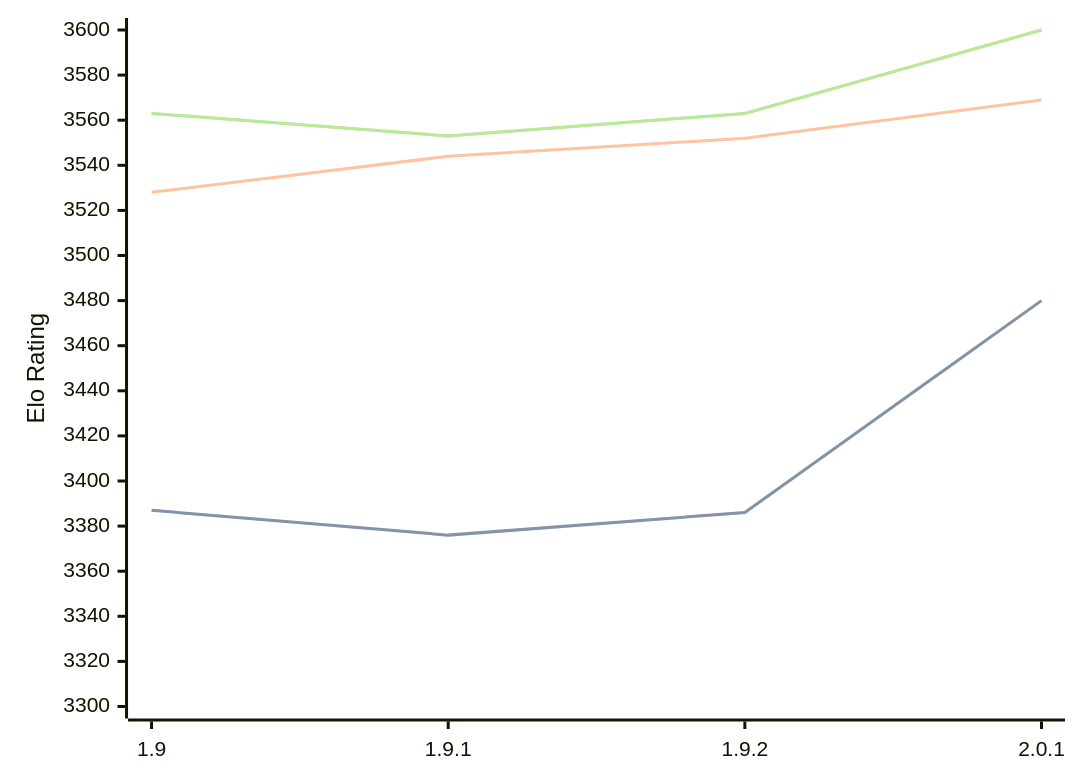
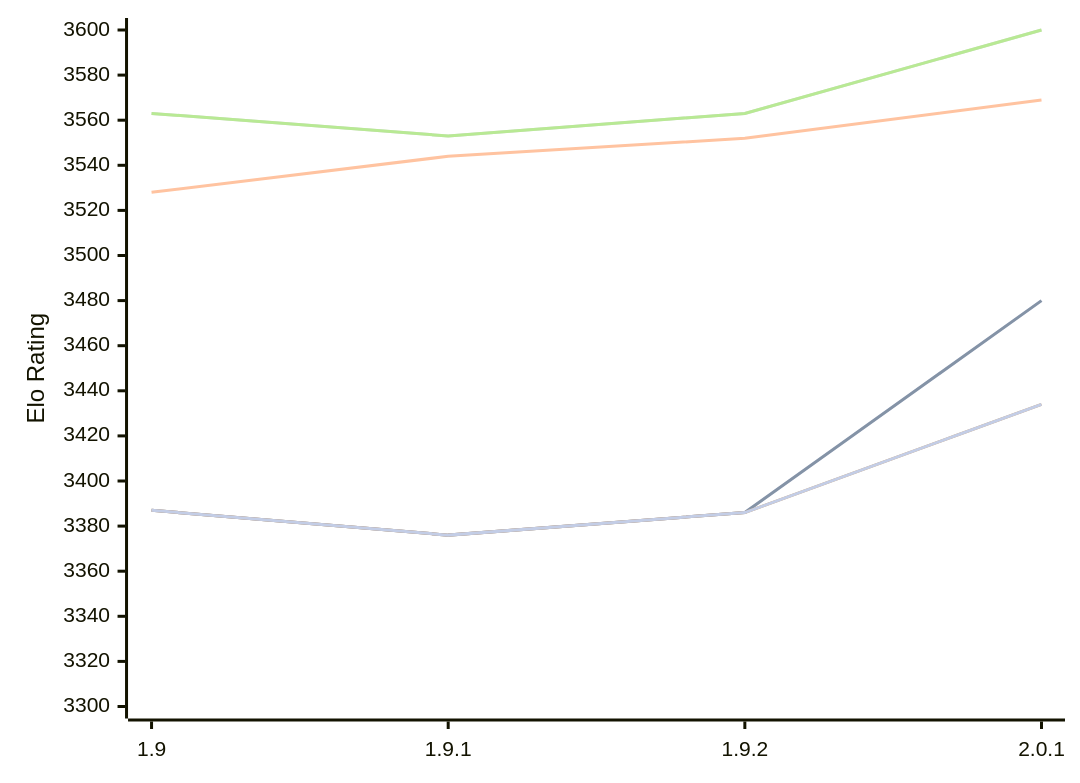
One commit to computer-chess-index/cci changed the diagram in engines/Pawnocchio.md. Above: the diagram before and after it, drawn with Mermaid. The commit also changed other lines of this file, not shown here.

Commit message:
Update CCI Ratings (ELO VLTC) - 2026-10-11

````diff
--- a/engines/Pawnocchio.md
+++ b/engines/Pawnocchio.md
@@ -50,16 +50,13 @@
 ```mermaid
 %%{init: {"theme":"base","themeVariables":{"seriesColors:['#a3a3a3','#222221','#faa371']}}}%%
 xychart-beta
   x-axis ["1.9", "1.9.1", "1.9.2", "2.0.1"]
   y-axis "Elo Rating" 3300 --> 3600
   line "" [3387, 3376, 3386, 3480]
   line "T1: STC (8.0+0.08s)" [3387, 3376, 3386, 3480]
   line "T1: LTC (60.0+0.60s)" [3528, 3544, 3552, 3569]
   line "" [3563, 3553, 3563, 3600]
   line "T1: VLTC (2m24s+1.12s)" [3563, 3553, 3563, 3600]
-  line "" [3424]
-  line "E1: STC (8.0+0.08s)" [3424]
-  line "E1: LTC (60.0+0.60s)" [3575]
-  line "" [3595]
-  line "E1: VLTC (2m24s+1.12s)" [3595]
+  line "" [3387, 3376, 3386,3434]
+  line "E1: STC (8.0+0.08s)" [3387, 3376, 3386,3434]
 ```
````
